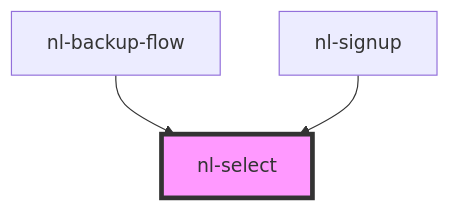
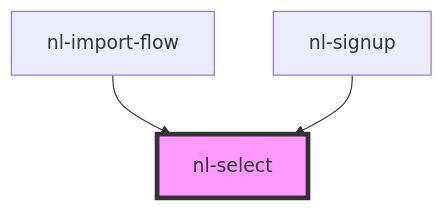
Before and after one commit to nostrband/nostr-login: the diagram in packages/components/src/components/nl-select/readme.md, drawn with Mermaid. The commit also changed other lines of this file and 19 other files, not shown here.

Commit message:
Implement localSignup and setLocal, implement wrapper around import flow

````diff
--- a/packages/components/src/components/nl-select/readme.md
+++ b/packages/components/src/components/nl-select/readme.md
@@ -31,6 +31,6 @@
 ```mermaid
 graph TD;
-  nl-backup-flow --> nl-select
+  nl-import-flow --> nl-select
   nl-signup --> nl-select
   style nl-select fill:#f9f,stroke:#333,stroke-width:4px
 ```
````
